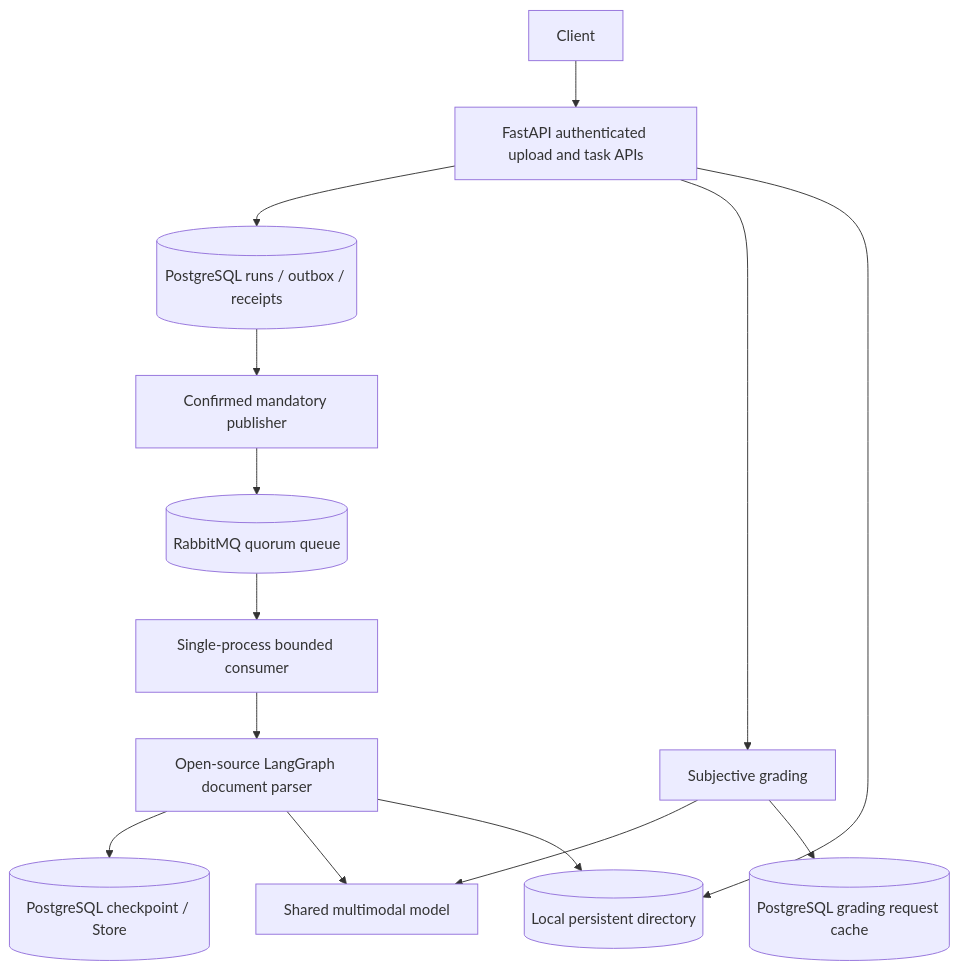
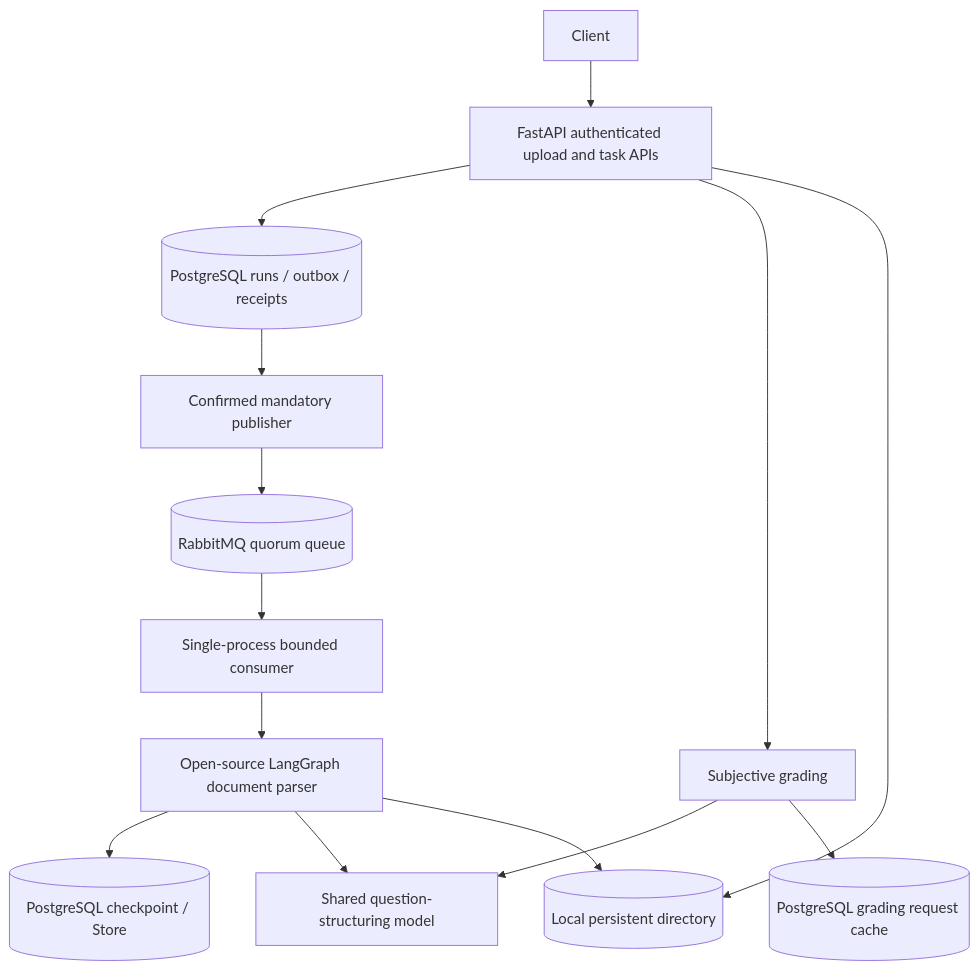
Before and after one commit to shenyankm/PractiQ: the diagram in server/docs/service-guide.md, drawn with Mermaid. The commit also changed other lines of this file and 92 other files, not shown here.

````diff
--- a/server/docs/service-guide.md
+++ b/server/docs/service-guide.md
@@ -187,16 +193,16 @@
 ```mermaid
 graph TD
     Client[Client] --> API[FastAPI authenticated upload and task APIs]
     API --> DB[(PostgreSQL runs / outbox / receipts)]
     DB --> Publisher[Confirmed mandatory publisher]
     Publisher --> MQ[(RabbitMQ quorum queue)]
     MQ --> Runner[Single-process bounded consumer]
     Runner --> Graph[Open-source LangGraph document parser]
     Graph --> State[(PostgreSQL checkpoint / Store)]
-    Graph --> Model[Shared multimodal model]
+    Graph --> Model[Shared question-structuring model]
     API --> Grading[Subjective grading]
     Grading --> Model
     Grading --> Grades[(PostgreSQL grading request cache)]
     API --> Files[(Local persistent directory)]
     Graph --> Files
 ```
````
